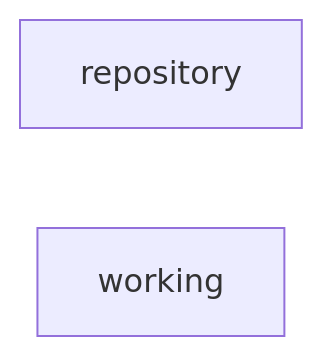
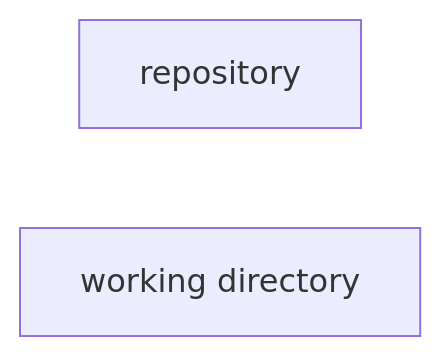
The first of 3 diagrams in docs/what-is-git-architecture.md (savvystrider/savvystrider.github.io), drawn with Mermaid before and after one commit. The commit also changed 1 other file, not shown here.

Commit message:
Updates minor changes to Git content and adds links to About.md

````diff
--- a/docs/what-is-git-architecture.md
+++ b/docs/what-is-git-architecture.md
@@ -4,5 +4,5 @@
 ``` mermaid
 flowchart LR
     A[repository]
-    B[working]
+    B[working directory]
 ```
````
